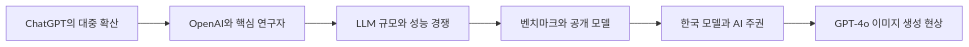
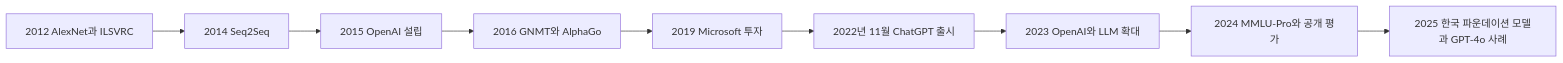
Before and after one commit to umyunsang/edu: the first of 2 diagrams in ComputerScience/03_ai-ml-data/generative-ai-fine-tuning/notes/01. 생성형 AI와 파인튜닝.md, drawn with Mermaid. The commit also changed other lines of this file, not shown here.

Commit message:
Auto-save: Updated ComputerScience/03_ai-ml-data/generative-ai-fine-tuning/notes/01. 생성형 AI와 파인튜닝.md

````diff
--- a/ComputerScience/03_ai-ml-data/generative-ai-fine-tuning/notes/01. 생성형 AI와 파인튜닝.md
+++ b/ComputerScience/03_ai-ml-data/generative-ai-fine-tuning/notes/01. 생성형 AI와 파인튜닝.md
@@ -24,8 +26,11 @@
 ```mermaid
 flowchart LR
-    A["ChatGPT의 대중 확산"] --> B["OpenAI와 핵심 연구자"]
-    B --> C["LLM 규모와 성능 경쟁"]
-    C --> D["벤치마크와 공개 모델"]
-    D --> E["한국 모델과 AI 주권"]
-    E --> F["GPT-4o 이미지 생성 현상"]
+    A["2012 AlexNet과 ILSVRC"] --> B["2014 Seq2Seq"]
+    B --> C["2015 OpenAI 설립"]
+    C --> D["2016 GNMT와 AlphaGo"]
+    D --> E["2019 Microsoft 투자"]
+    E --> F["2022년 11월 ChatGPT 출시"]
+    F --> G["2023 OpenAI와 LLM 확대"]
+    G --> H["2024 MMLU-Pro와 공개 평가"]
+    H --> I["2025 한국 파운데이션 모델과 GPT-4o 사례"]
 ```
````
